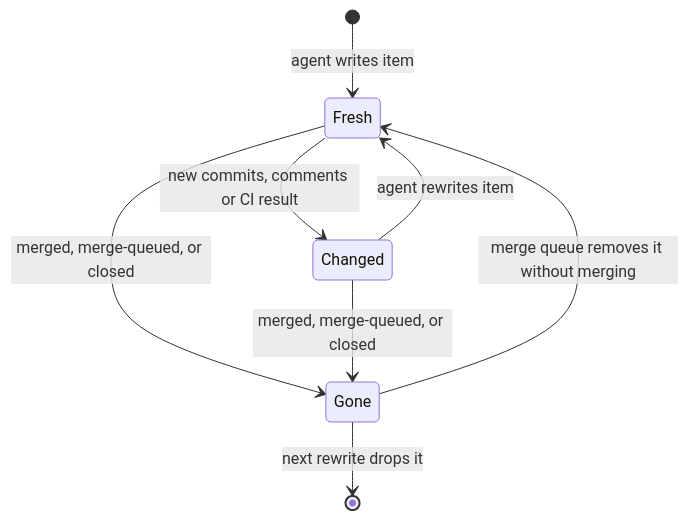
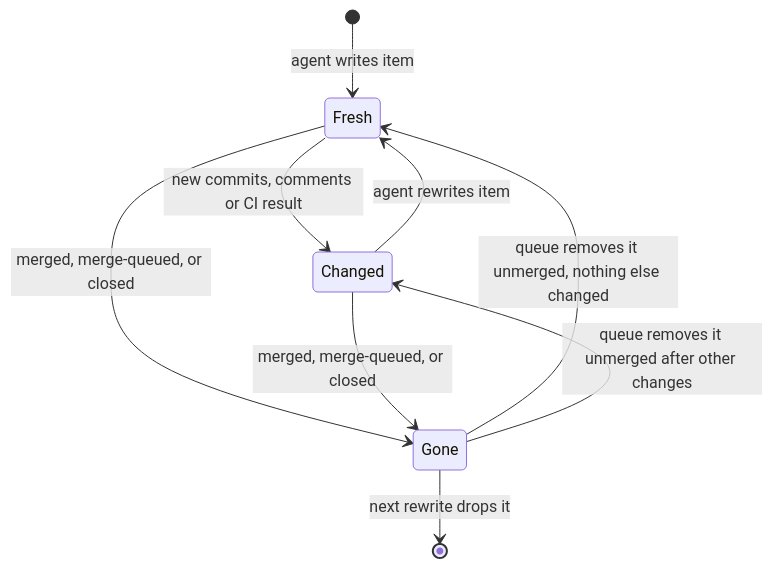
One commit to kenn-io/forge changed the first of 3 diagrams in context/worklists.md. Above: the diagram before and after it, drawn with Mermaid. The commit also changed 3 other files, not shown here.

````diff
--- a/context/worklists.md
+++ b/context/worklists.md
@@ -44,10 +44,11 @@
 ```mermaid
 stateDiagram-v2
   [*] --> Fresh: agent writes item
   Fresh --> Changed: new commits, comments or CI result
   Changed --> Fresh: agent rewrites item
   Fresh --> Gone: merged, merge-queued, or closed
   Changed --> Gone: merged, merge-queued, or closed
-  Gone --> Fresh: merge queue removes it without merging
+  Gone --> Fresh: queue removes it unmerged, nothing else changed
+  Gone --> Changed: queue removes it unmerged after other changes
   Gone --> [*]: next rewrite drops it
 ```
````
